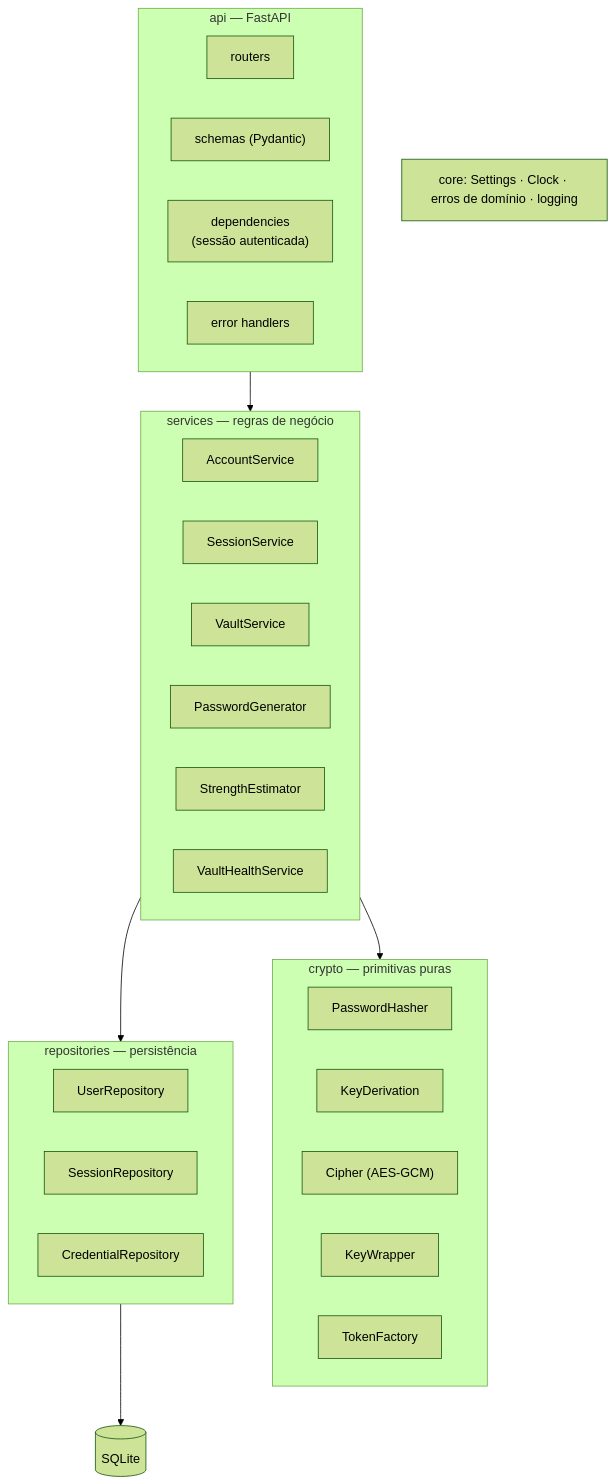
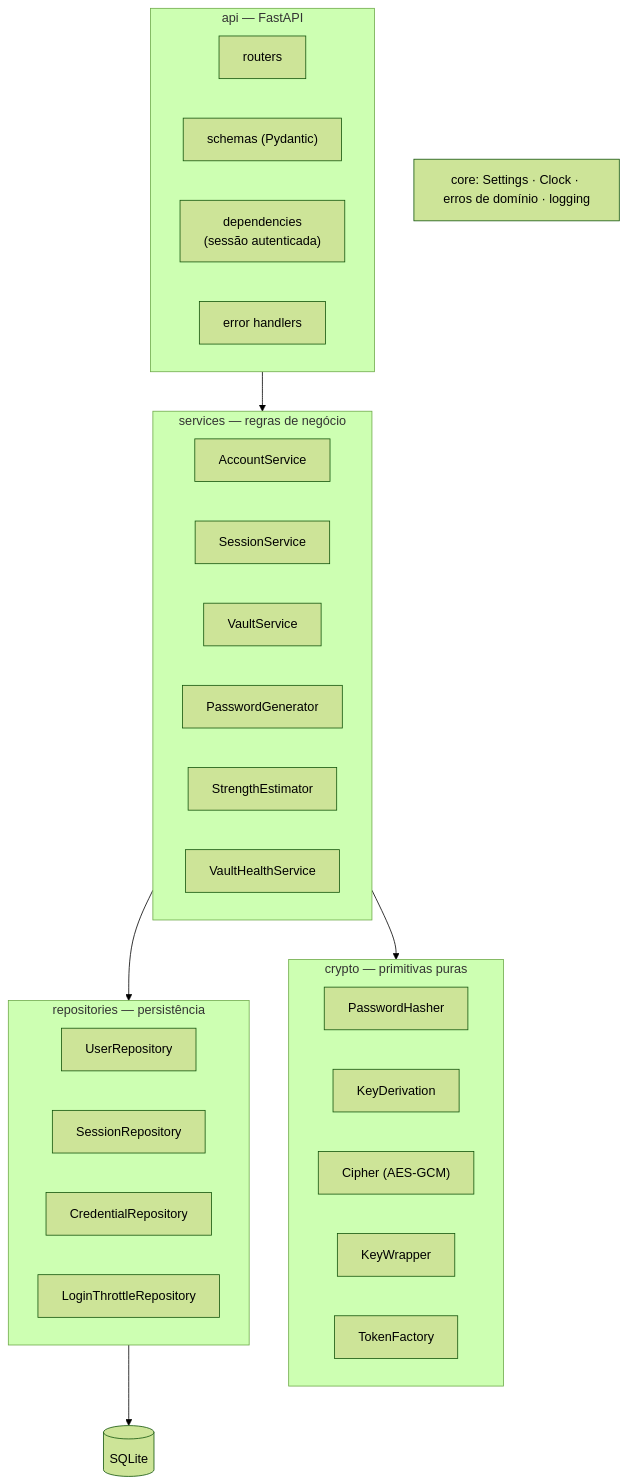
Before and after one commit to GuidaGaita/bootcamp: the second of 5 diagrams in docs/03-arquitetura.md, drawn with Mermaid (forest theme). The commit also changed other lines of this file, not shown here.

````diff
--- a/docs/03-arquitetura.md
+++ b/docs/03-arquitetura.md
@@ -24,34 +24,35 @@
 ```mermaid
 flowchart TB
   subgraph api["api — FastAPI"]
     R["routers"]
     SC["schemas (Pydantic)"]
     DP["dependencies<br/>(sessão autenticada)"]
     EH["error handlers"]
   end
   subgraph services["services — regras de negócio"]
     AS["AccountService"]
     SS["SessionService"]
     VS["VaultService"]
     PG["PasswordGenerator"]
     SE["StrengthEstimator"]
     HR["VaultHealthService"]
   end
   subgraph crypto["crypto — primitivas puras"]
     PH["PasswordHasher"]
     KD["KeyDerivation"]
     CI["Cipher (AES-GCM)"]
     KW["KeyWrapper"]
     TF["TokenFactory"]
   end
   subgraph repositories["repositories — persistência"]
     UR["UserRepository"]
     SR["SessionRepository"]
     CR["CredentialRepository"]
+    LT["LoginThrottleRepository"]
   end
   CORE["core: Settings · Clock · erros de domínio · logging"]
   api --> services
   services --> crypto
   services --> repositories
   repositories --> DB[("SQLite")]
 ```
````
